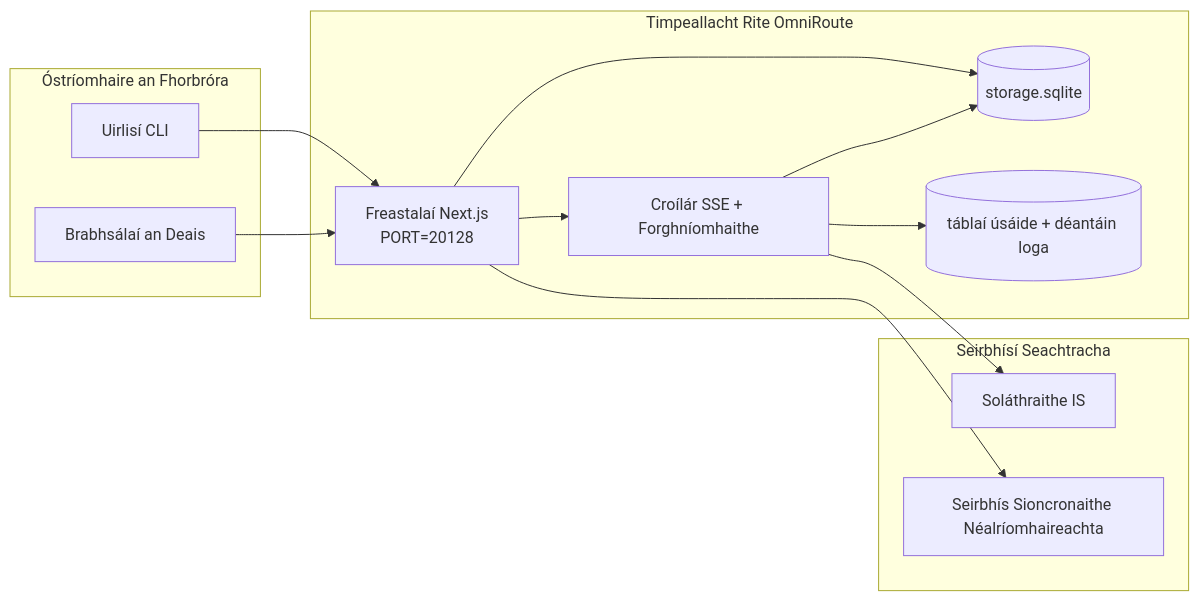
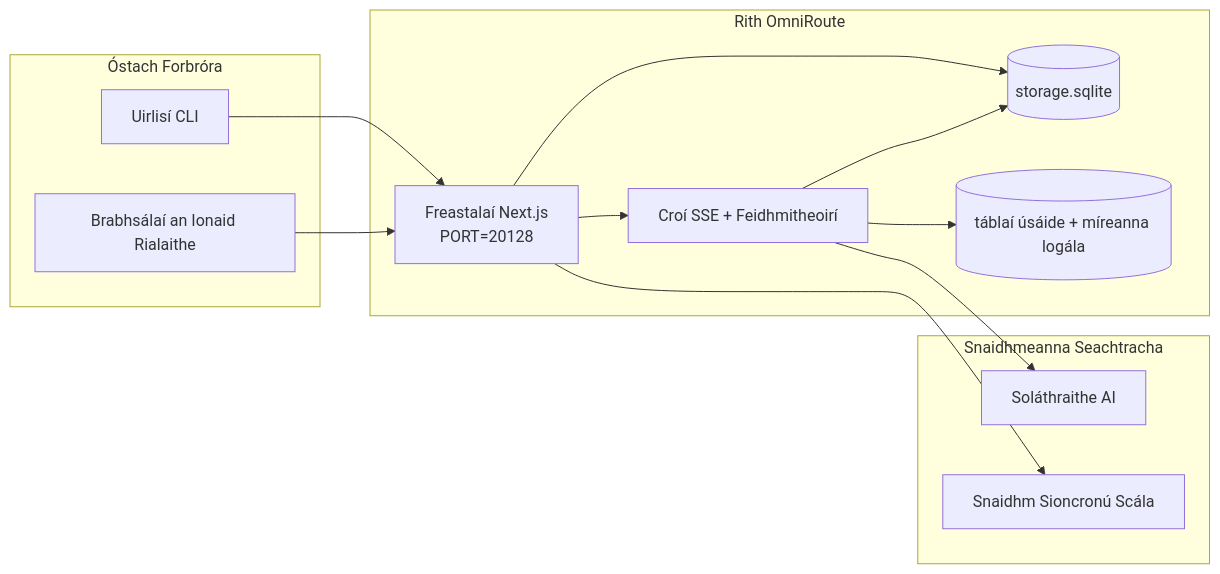
Before and after one commit to niyatna/NiyatnaRoute: the seventh of 7 diagrams in docs/i18n/ga/docs/architecture/ARCHITECTURE.md, drawn with Mermaid. The commit also changed other lines of this file and 2447 other files, not shown here.

````diff
--- a/docs/i18n/ga/docs/architecture/ARCHITECTURE.md
+++ b/docs/i18n/ga/docs/architecture/ARCHITECTURE.md
@@ -809,28 +817,28 @@
 ```mermaid
 flowchart LR
-    subgraph LocalHost[Óstríomhaire an Fhorbróra]
+    subgraph LocalHost[Óstach Forbróra]
         CLI[Uirlisí CLI]
-        Browser[Brabhsálaí an Deais]
+        Browser[Brabhsálaí an Ionaid Rialaithe]
     end
 
-    subgraph ContainerOrProcess[Timpeallacht Rite OmniRoute]
+    subgraph ContainerOrProcess[Rith OmniRoute]
         Next[Freastalaí Next.js\nPORT=20128]
-        Core[Croílár SSE + Forghníomhaithe]
+        Core[Croí SSE + Feidhmitheoirí]
         MainDB[(storage.sqlite)]
-        UsageDB[(táblaí úsáide + déantáin loga)]
+        UsageDB[(táblaí úsáide + míreanna logála)]
     end
 
-    subgraph External[Seirbhísí Seachtracha]
-        Providers[Soláthraithe IS]
-        SyncCloud[Seirbhís Sioncronaithe Néalríomhaireachta]
+    subgraph External[Snaidhmeanna Seachtracha]
+        Providers[Soláthraithe AI]
+        SyncCloud[Snaidhm Sioncronú Scála]
     end
 
     CLI --> Next
     Browser --> Next
     Next --> Core
     Next --> MainDB
     Core --> MainDB
     Core --> UsageDB
     Core --> Providers
     Next --> SyncCloud
 ```
````
